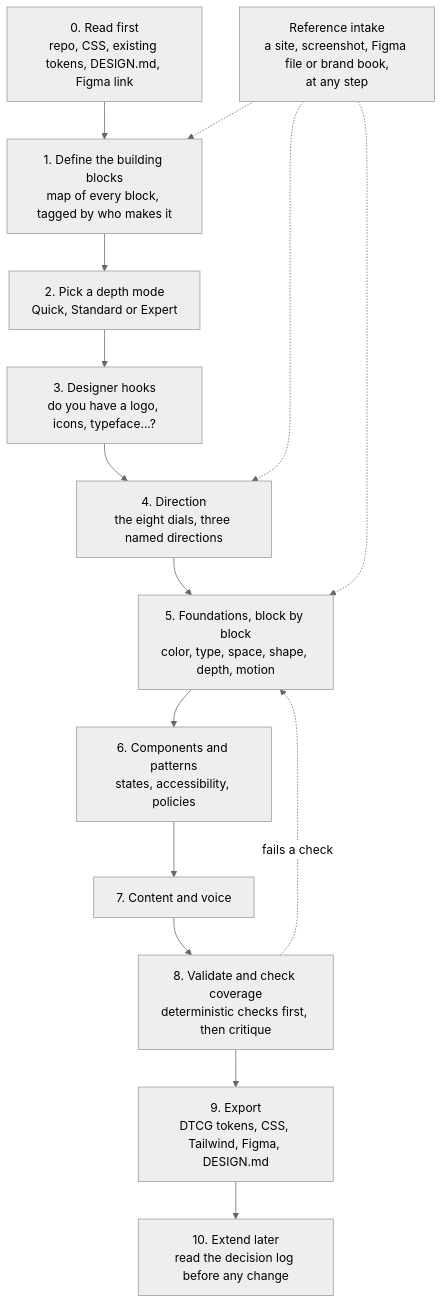
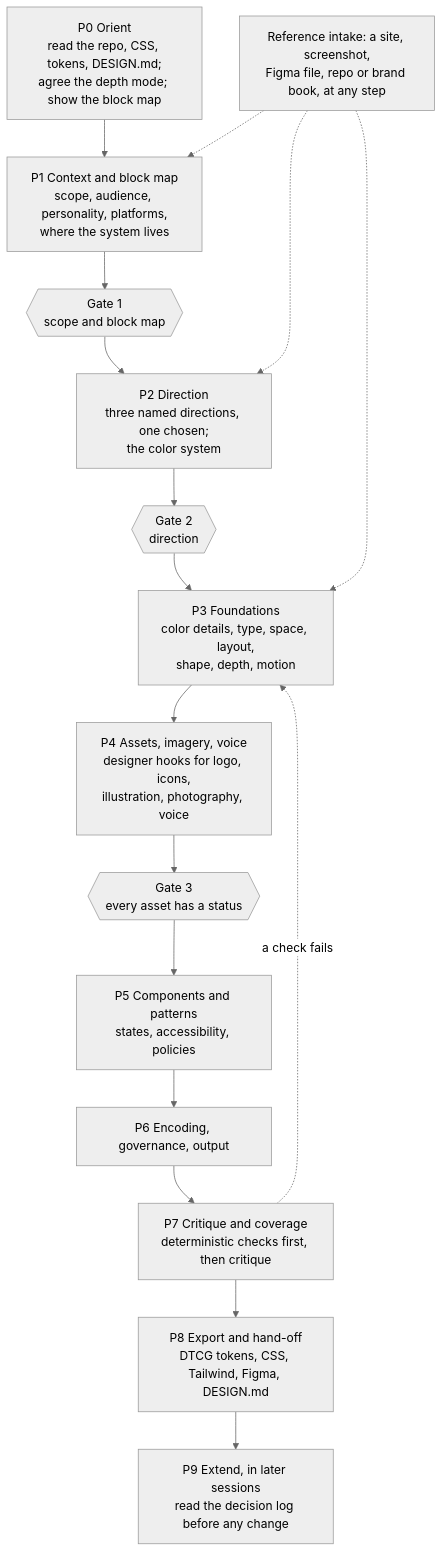
One commit to ckryptickunal/OpenDesigner changed the diagram in docs/HOW-IT-WORKS.md. Above: the diagram before and after it, drawn with Mermaid (neutral theme). The commit also changed other lines of this file and 319 other files, not shown here.

````diff
--- a/docs/HOW-IT-WORKS.md
+++ b/docs/HOW-IT-WORKS.md
@@ -11,17 +13,19 @@
 ```mermaid
 flowchart TD
-  A["0. Read first<br/>repo, CSS, existing tokens, DESIGN.md, Figma link"] --> B["1. Define the building blocks<br/>map of every block, tagged by who makes it"]
-  B --> C["2. Pick a depth mode<br/>Quick, Standard or Expert"]
-  C --> D["3. Designer hooks<br/>do you have a logo, icons, typeface...?"]
-  D --> E["4. Direction<br/>the eight dials, three named directions"]
-  E --> F["5. Foundations, block by block<br/>color, type, space, shape, depth, motion"]
-  F --> G["6. Components and patterns<br/>states, accessibility, policies"]
-  G --> H["7. Content and voice"]
-  H --> V["8. Validate and check coverage<br/>deterministic checks first, then critique"]
-  V --> X["9. Export<br/>DTCG tokens, CSS, Tailwind, Figma, DESIGN.md"]
-  X --> Z["10. Extend later<br/>read the decision log before any change"]
-  R["Reference intake<br/>a site, screenshot, Figma file or brand book,<br/>at any step"] -.-> B
-  R -.-> E
-  R -.-> F
-  V -. "fails a check" .-> F
+  P0["P0 Orient<br/>read the repo, CSS, tokens, DESIGN.md;<br/>agree the depth mode; show the block map"] --> P1
+  P1["P1 Context and block map<br/>scope, audience, personality, platforms,<br/>where the system lives"] --> G1{{"Gate 1<br/>scope and block map"}}
+  G1 --> P2["P2 Direction<br/>three named directions, one chosen;<br/>the color system"]
+  P2 --> G2{{"Gate 2<br/>direction"}}
+  G2 --> P3["P3 Foundations<br/>color details, type, space, layout,<br/>shape, depth, motion"]
+  P3 --> P4["P4 Assets, imagery, voice<br/>designer hooks for logo, icons,<br/>illustration, photography, voice"]
+  P4 --> G3{{"Gate 3<br/>every asset has a status"}}
+  G3 --> P5["P5 Components and patterns<br/>states, accessibility, policies"]
+  P5 --> P6["P6 Encoding, governance, output"]
+  P6 --> P7["P7 Critique and coverage<br/>deterministic checks first, then critique"]
+  P7 --> P8["P8 Export and hand-off<br/>DTCG tokens, CSS, Tailwind, Figma, DESIGN.md"]
+  P8 --> P9["P9 Extend, in later sessions<br/>read the decision log before any change"]
+  R["Reference intake: a site, screenshot,<br/>Figma file, repo or brand book, at any step"] -.-> P1
+  R -.-> P2
+  R -.-> P3
+  P7 -. "a check fails" .-> P3
 ```
````
